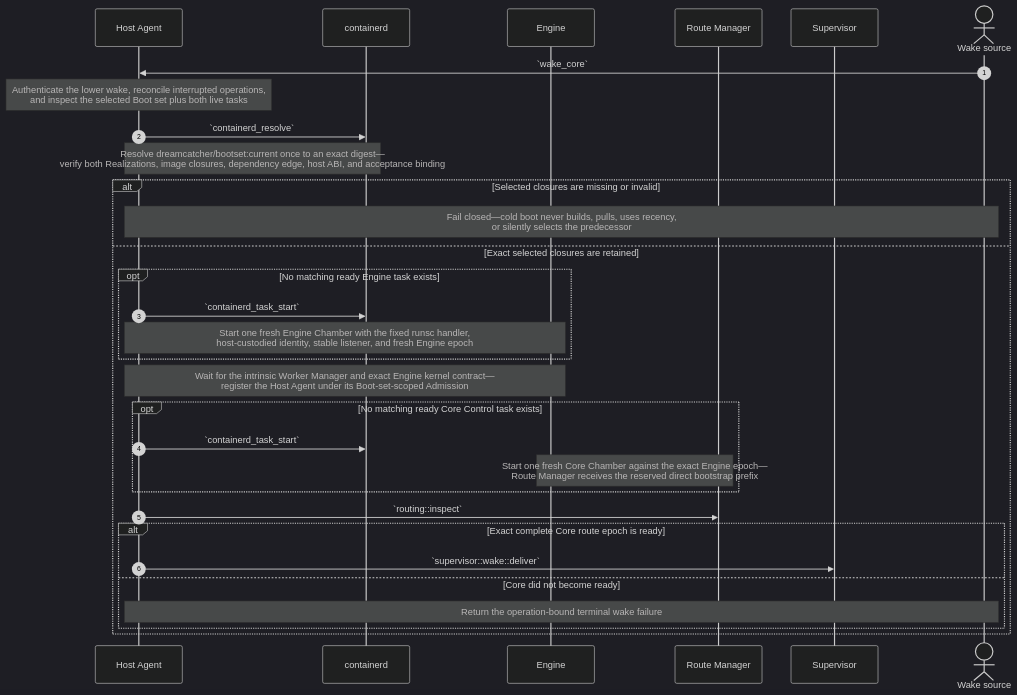
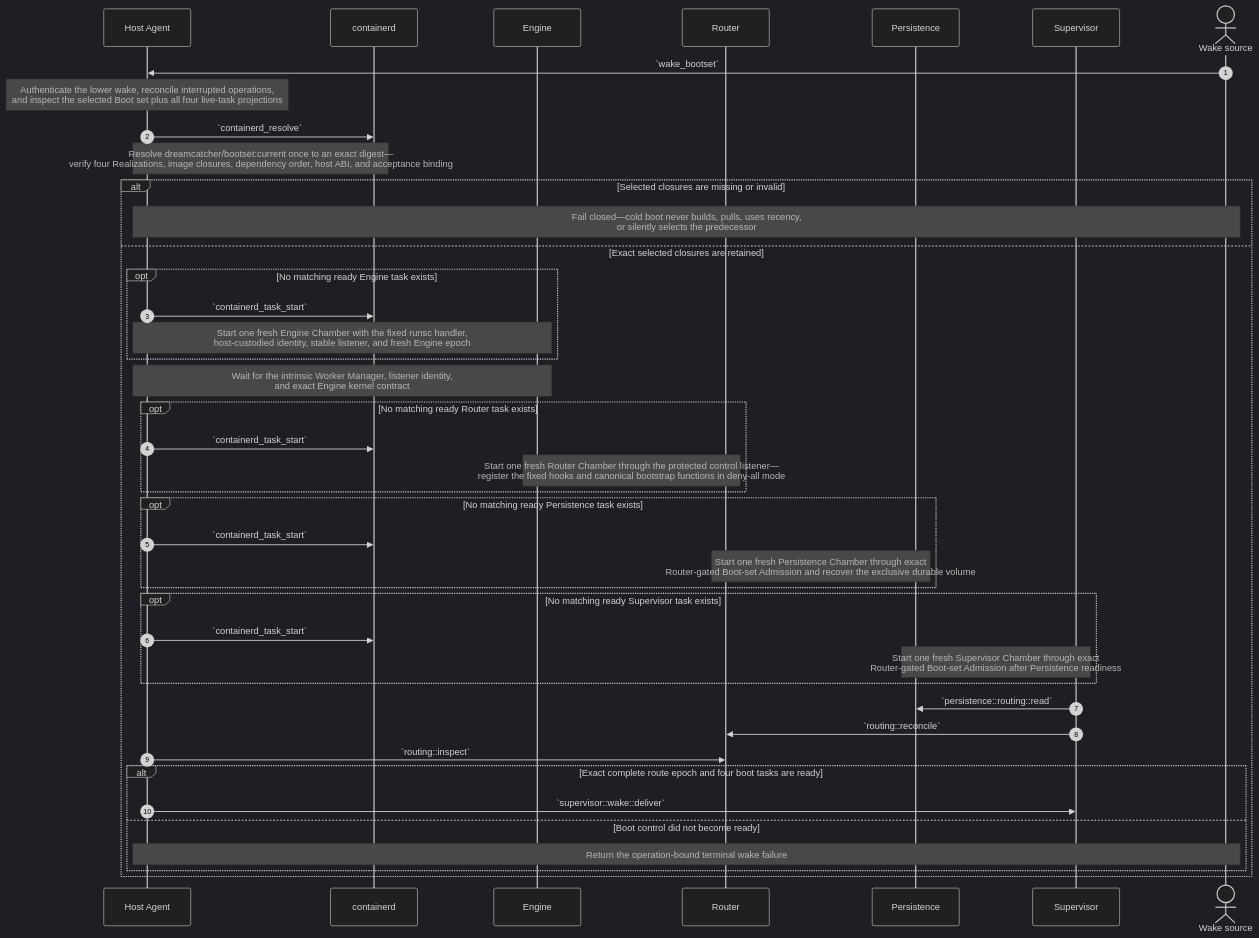
Before and after one commit to dreamcatcher-tech/chambers-lifecycle-explorer: the fourth of 15 diagrams in source/chambers-lifecycle-sequences.md, drawn with Mermaid (dark theme). The commit also changed other lines of this file and 9 other files, not shown here.

````diff
--- a/source/chambers-lifecycle-sequences.md
+++ b/source/chambers-lifecycle-sequences.md
@@ -735,35 +823,46 @@
 ```mermaid
 sequenceDiagram
     autonumber
     participant HostAgent as Host Agent
     participant containerd
     participant Engine
-    participant RouteManager as Route Manager
+    participant Router as Router
+    participant Persistence
     participant Supervisor
     actor Wake as Wake source
 
-    Wake->>HostAgent: `wake_core`
-    Note over HostAgent: Authenticate the lower wake, reconcile interrupted operations,<br/>and inspect the selected Boot set plus both live tasks
+    Wake->>HostAgent: `wake_bootset`
+    Note over HostAgent: Authenticate the lower wake, reconcile interrupted operations,<br/>and inspect the selected Boot set plus all four live-task projections
     HostAgent->>containerd: `containerd_resolve`
-    Note over HostAgent,containerd: Resolve dreamcatcher/bootset:current once to an exact digest—<br/>verify both Realizations, image closures, dependency edge, host ABI, and acceptance binding
+    Note over HostAgent,containerd: Resolve dreamcatcher/bootset:current once to an exact digest—<br/>verify four Realizations, image closures, dependency order, host ABI, and acceptance binding
 
     alt Selected closures are missing or invalid
         Note over HostAgent,Wake: Fail closed—cold boot never builds, pulls, uses recency,<br/>or silently selects the predecessor
     else Exact selected closures are retained
         opt No matching ready Engine task exists
             HostAgent->>containerd: `containerd_task_start`
             Note over HostAgent,Engine: Start one fresh Engine Chamber with the fixed runsc handler,<br/>host-custodied identity, stable listener, and fresh Engine epoch
         end
-        Note over HostAgent,Engine: Wait for the intrinsic Worker Manager and exact Engine kernel contract—<br/>register the Host Agent under its Boot-set-scoped Admission
-        opt No matching ready Core Control task exists
+        Note over HostAgent,Engine: Wait for the intrinsic Worker Manager, listener identity,<br/>and exact Engine kernel contract
+        opt No matching ready Router task exists
             HostAgent->>containerd: `containerd_task_start`
-            Note over Engine,RouteManager: Start one fresh Core Chamber against the exact Engine epoch—<br/>Route Manager receives the reserved direct bootstrap prefix
+            Note over Engine,Router: Start one fresh Router Chamber through the protected control listener—<br/>register the fixed hooks and canonical bootstrap functions in deny-all mode
         end
-        HostAgent->>RouteManager: `routing::inspect`
-        alt Exact complete Core route epoch is ready
+        opt No matching ready Persistence task exists
+            HostAgent->>containerd: `containerd_task_start`
+            Note over Router,Persistence: Start one fresh Persistence Chamber through exact<br/>Router-gated Boot-set Admission and recover the exclusive durable volume
+        end
+        opt No matching ready Supervisor task exists
+            HostAgent->>containerd: `containerd_task_start`
+            Note over Persistence,Supervisor: Start one fresh Supervisor Chamber through exact<br/>Router-gated Boot-set Admission after Persistence readiness
+        end
+        Supervisor->>Persistence: `persistence::routing::read`
+        Supervisor->>Router: `routing::reconcile`
+        HostAgent->>Router: `routing::inspect`
+        alt Exact complete route epoch and four boot tasks are ready
             HostAgent->>Supervisor: `supervisor::wake::deliver`
-        else Core did not become ready
+        else Boot control did not become ready
             Note over HostAgent,Wake: Return the operation-bound terminal wake failure
         end
     end
 ```
````
